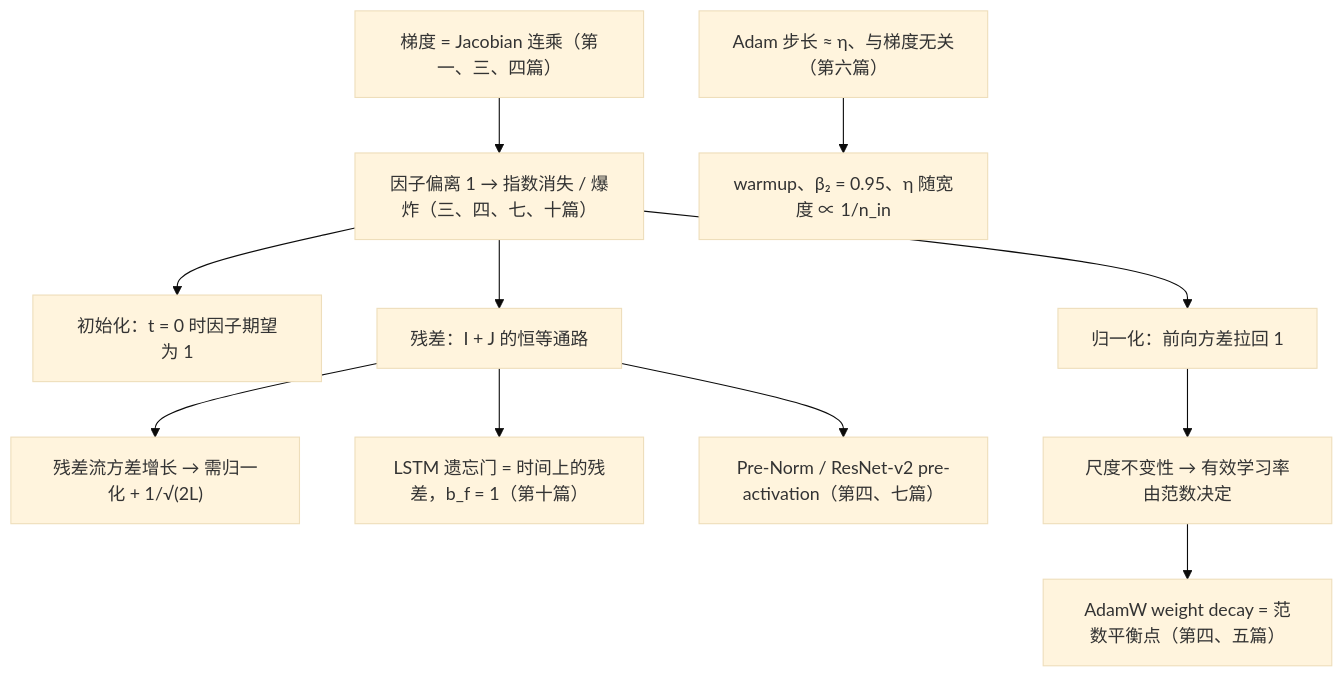
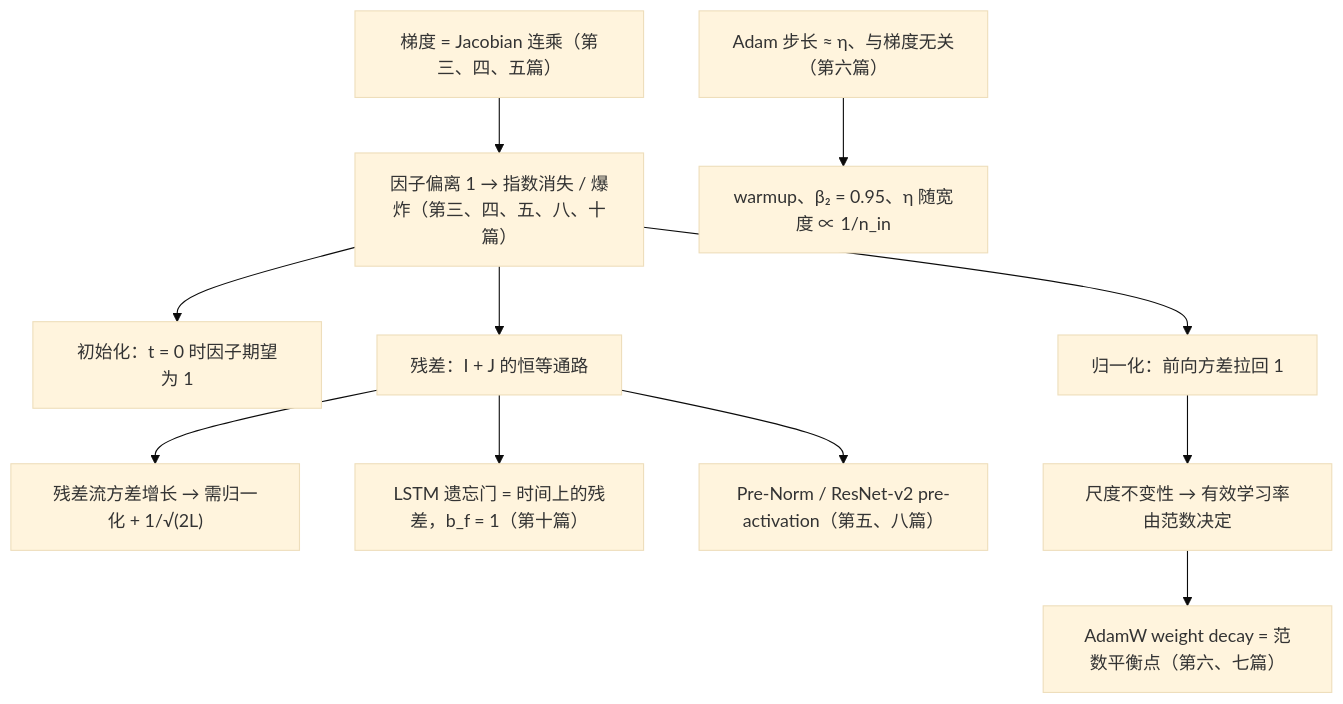
One commit to arganzheng/arganzheng.github.com changed the second of 2 diagrams in _posts/2026-03-29-deep-learning-foundations-series-recap-and-self-test.md. Above: the diagram before and after it, drawn with Mermaid (base theme). The commit also changed other lines of this file, not shown here.

````diff
--- a/_posts/2026-03-29-deep-learning-foundations-series-recap-and-self-test.md
+++ b/_posts/2026-03-29-deep-learning-foundations-series-recap-and-self-test.md
@@ -290,14 +292,14 @@
 ```mermaid
 %% 图：Transformer 部件的来历：连乘导致消失 / 爆炸，三种修法各接一环，残差又带出新的约束
 flowchart TB
-    CHAIN["梯度 = Jacobian 连乘（第一、三、四篇）"] --> VAN["因子偏离 1 → 指数消失 / 爆炸（三、四、七、十篇）"]
+    CHAIN["梯度 = Jacobian 连乘（第三、四、五篇）"] --> VAN["因子偏离 1 → 指数消失 / 爆炸（第三、四、五、八、十篇）"]
     VAN --> INIT["初始化：t = 0 时因子期望为 1"]
     VAN --> NORM["归一化：前向方差拉回 1"]
     VAN --> RES["残差：I + J 的恒等通路"]
     RES --> GROW["残差流方差增长 → 需归一化 + 1/√(2L)"]
     RES --> LSTM["LSTM 遗忘门 = 时间上的残差，b_f = 1（第十篇）"]
-    RES --> PRE["Pre-Norm / ResNet-v2 pre-activation（第四、七篇）"]
+    RES --> PRE["Pre-Norm / ResNet-v2 pre-activation（第五、八篇）"]
     NORM --> SCALE["尺度不变性 → 有效学习率由范数决定"]
-    SCALE --> WD["AdamW weight decay = 范数平衡点（第四、五篇）"]
+    SCALE --> WD["AdamW weight decay = 范数平衡点（第六、七篇）"]
     ADAM["Adam 步长 ≈ η、与梯度无关（第六篇）"] --> WARM["warmup、β₂ = 0.95、η 随宽度 ∝ 1/n_in"]
 ```
````
